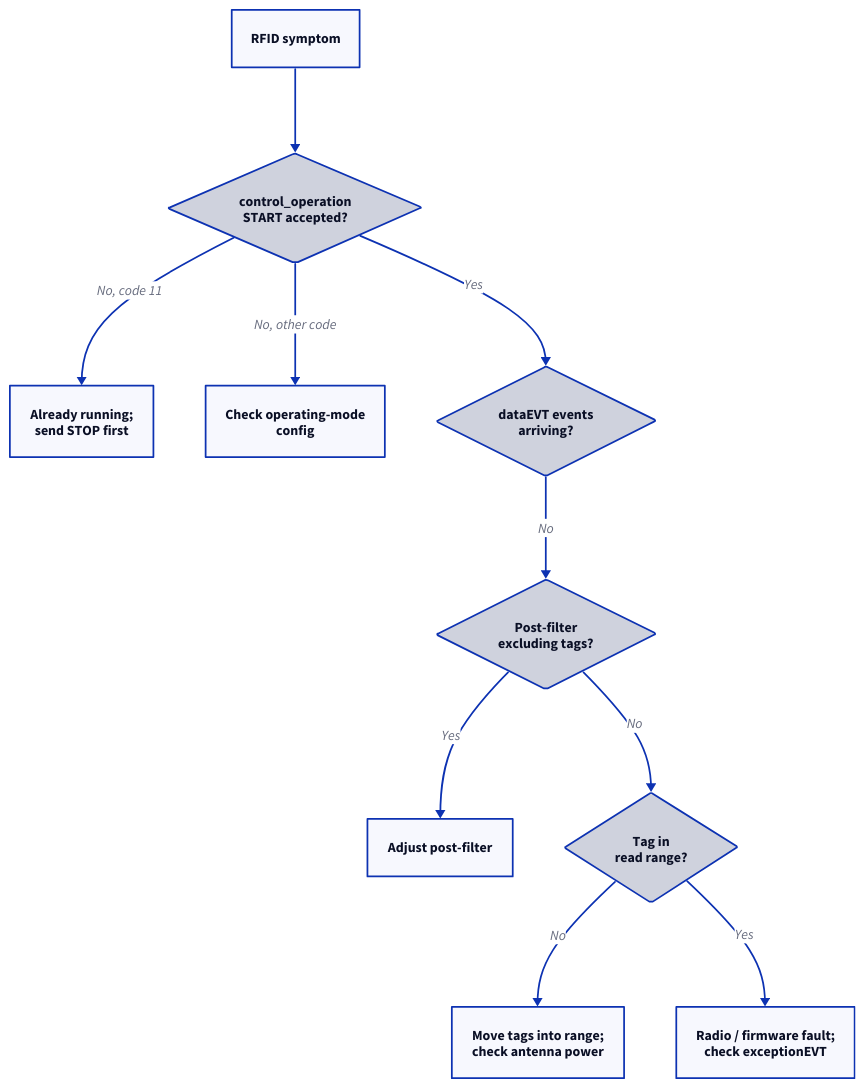
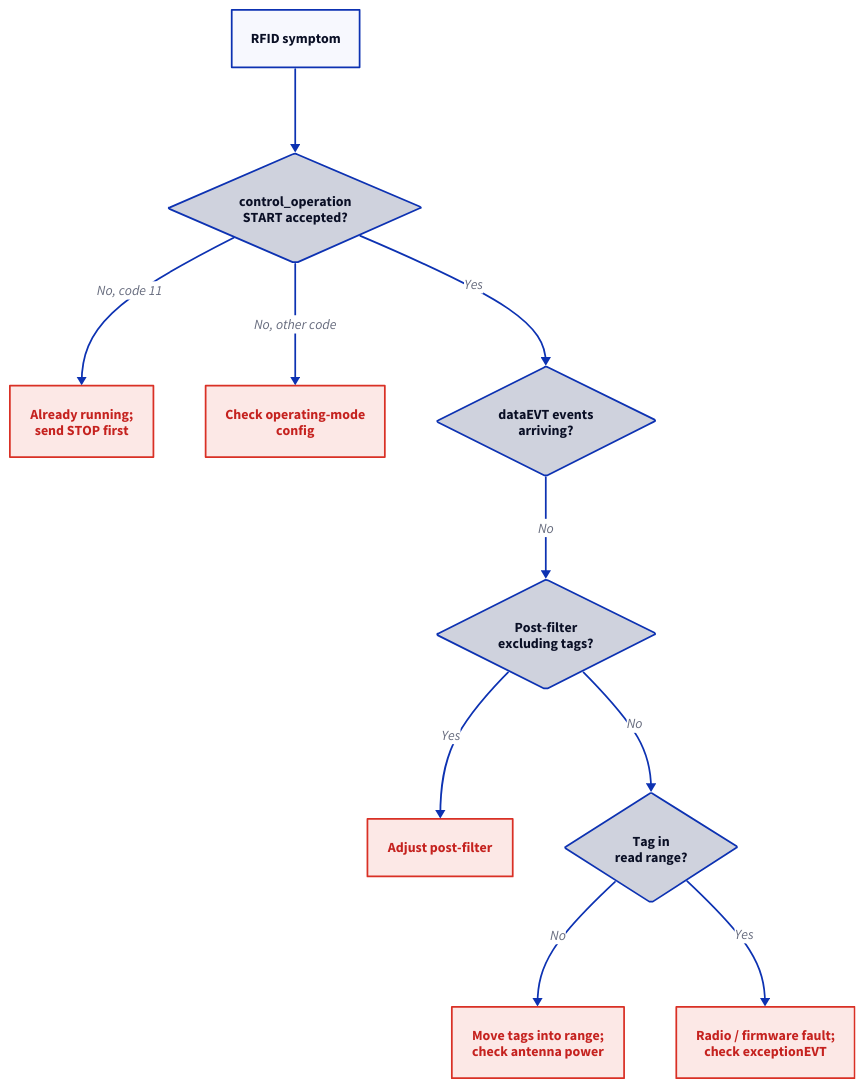
One commit to admiral-ai/zebra-handheld-rfid-iotc changed the diagram in docs/reference/troubleshooting/rfid.md. Above: the diagram before and after it, drawn with D2. The commit also changed 40 other files, not shown here.

First line of the commit message:
Redesign all 54 D2 diagrams to a unified visual system

````diff
--- a/docs/reference/troubleshooting/rfid.md
+++ b/docs/reference/troubleshooting/rfid.md
@@ -36,21 +36,26 @@
 ```d2
+classes: {
+  good: { style: { fill: "#e6f4ea"; stroke: "#1e8e3e"; font-color: "#137333" } }
+  bad:  { style: { fill: "#fce8e6"; stroke: "#d93025"; font-color: "#c5221f" } }
+}
 S: RFID symptom
 Q1: "control_operation\nSTART accepted?" { shape: diamond }
-Stop: "Already running;\nsend STOP first"
-Cfg: "Check operating-mode\nconfig"
+Stop: "Already running;\nsend STOP first" { class: bad }
+Cfg: "Check operating-mode\nconfig" { class: bad }
 Q2: "dataEVT events\narriving?" { shape: diamond }
 Q3: "Post-filter\nexcluding tags?" { shape: diamond }
-Filt: Adjust post-filter
+Filt: Adjust post-filter { class: bad }
 Q4: "Tag in\nread range?" { shape: diamond }
-Range: "Move tags into range;\ncheck antenna power"
-Rad: "Radio / firmware fault;\ncheck exceptionEVT"
+Range: "Move tags into range;\ncheck antenna power" { class: bad }
+Rad: "Radio / firmware fault;\ncheck exceptionEVT" { class: bad }
 S -> Q1
 Q1 -> Stop: "No, code 11"
 Q1 -> Cfg: "No, other code"
 Q1 -> Q2: Yes
 Q2 -> Q3: No
 Q3 -> Filt: Yes
 Q3 -> Q4: No
 Q4 -> Range: No
 Q4 -> Rad: Yes
+
 ```
````
